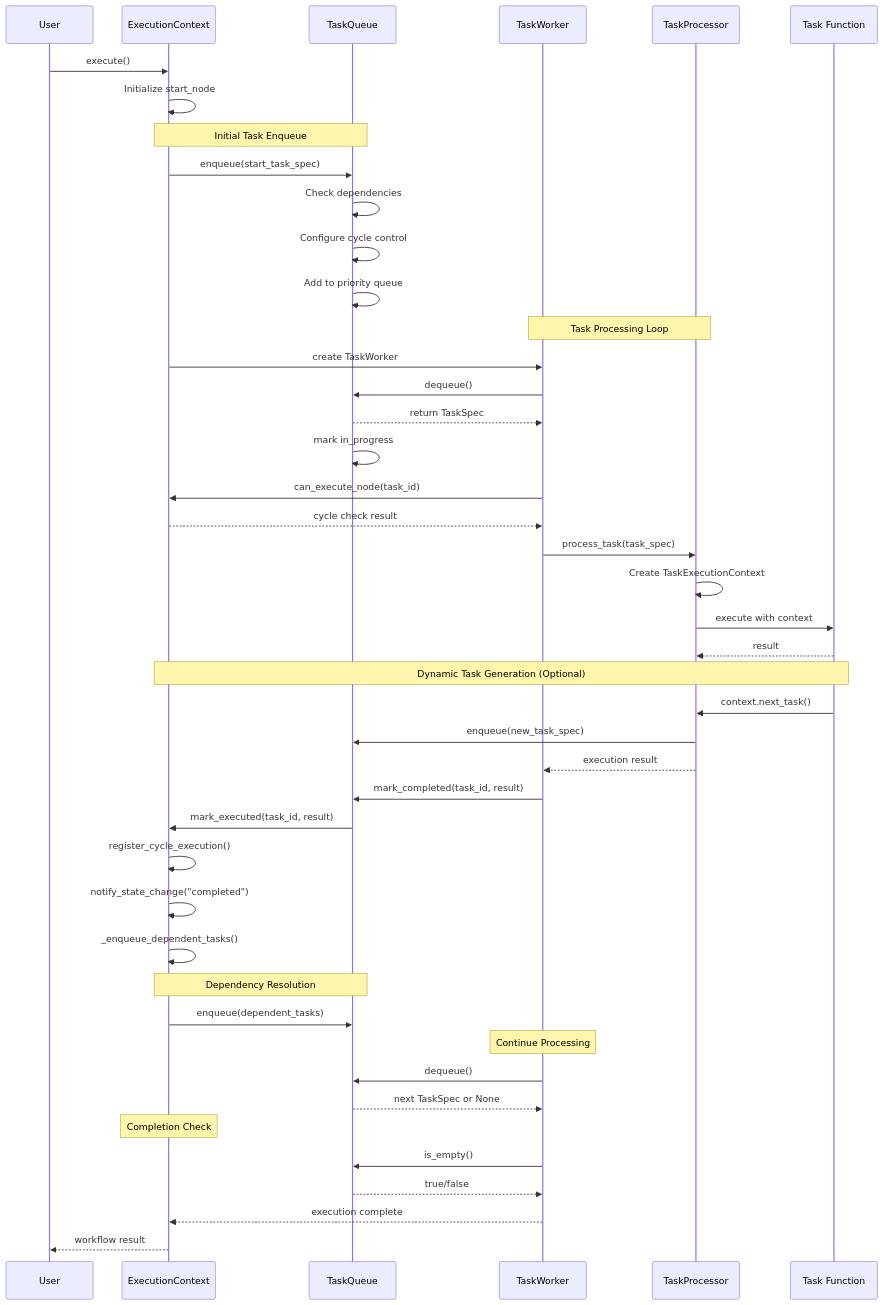
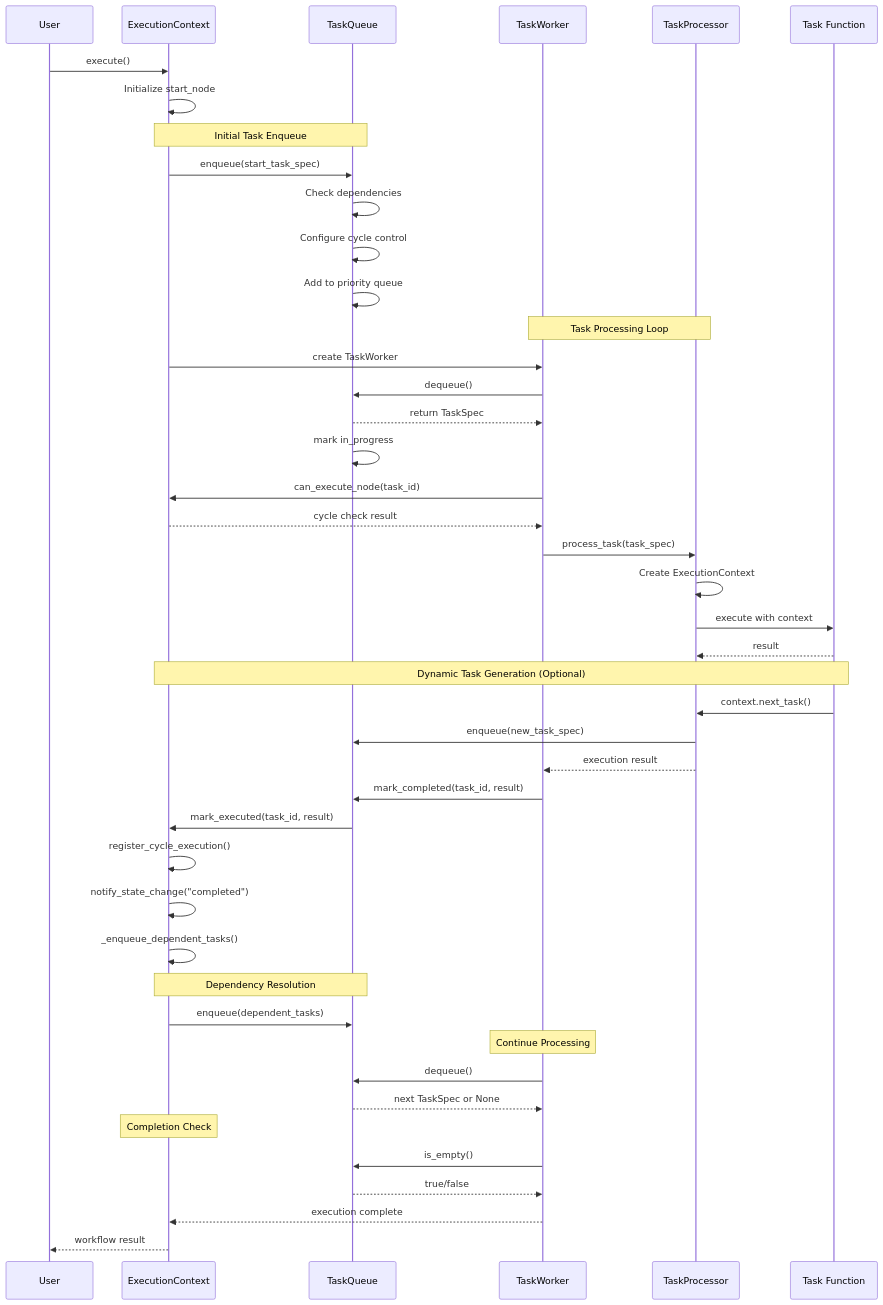
Before and after one commit to GraflowAI/graflow: the first of 5 diagrams in docs/dev_plan.md, drawn with Mermaid. The commit also changed other lines of this file, not shown here.

Commit message:
Refactor development plan to enhance cycle control and execution context for dynamic task generation

````diff
--- a/docs/dev_plan.md
+++ b/docs/dev_plan.md
@@ -1836,56 +1305,56 @@
 ```mermaid
 sequenceDiagram
     participant User
     participant EC as ExecutionContext
     participant TQ as TaskQueue
     participant TW as TaskWorker
     participant TP as TaskProcessor
     participant Task as Task Function
 
     User->>EC: execute()
     EC->>EC: Initialize start_node
     
     Note over EC,TQ: Initial Task Enqueue
     EC->>TQ: enqueue(start_task_spec)
     TQ->>TQ: Check dependencies
     TQ->>TQ: Configure cycle control
     TQ->>TQ: Add to priority queue
     
     Note over TW,TP: Task Processing Loop
     EC->>TW: create TaskWorker
     TW->>TQ: dequeue()
     TQ-->>TW: return TaskSpec
     TQ->>TQ: mark in_progress
     
     TW->>EC: can_execute_node(task_id)
     EC-->>TW: cycle check result
     
     TW->>TP: process_task(task_spec)
-    TP->>TP: Create TaskExecutionContext
+    TP->>TP: Create ExecutionContext
     TP->>Task: execute with context
     Task-->>TP: result
     
     Note over Task,EC: Dynamic Task Generation (Optional)
     Task->>TP: context.next_task()
     TP->>TQ: enqueue(new_task_spec)
     
     TP-->>TW: execution result
     TW->>TQ: mark_completed(task_id, result)
     TQ->>EC: mark_executed(task_id, result)
     EC->>EC: register_cycle_execution()
     EC->>EC: notify_state_change("completed")
     EC->>EC: _enqueue_dependent_tasks()
     
     Note over EC,TQ: Dependency Resolution
     EC->>TQ: enqueue(dependent_tasks)
     
     Note over TW: Continue Processing
     TW->>TQ: dequeue()
     TQ-->>TW: next TaskSpec or None
     
     Note over EC: Completion Check
     TW->>TQ: is_empty()
     TQ-->>TW: true/false
     TW-->>EC: execution complete
     EC-->>User: workflow result
 ```
````
